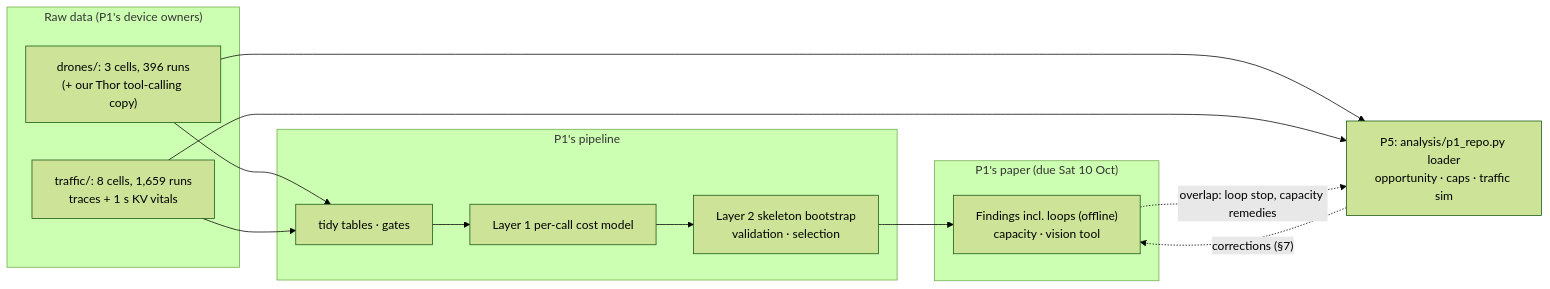
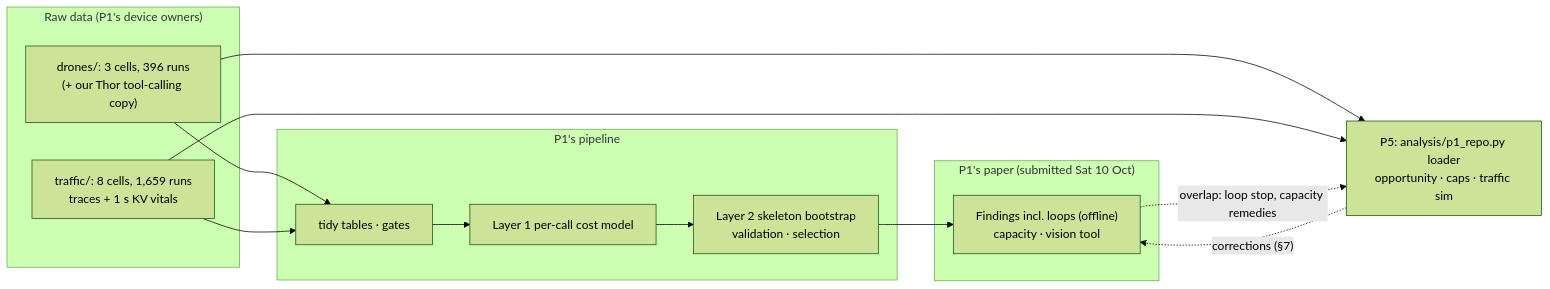
One commit to saisandeshk/jouleserve-ws changed the second of 5 diagrams in reports/2026-10-05-p1-repo/README.md. Above: the diagram before and after it, drawn with Mermaid (forest theme). The commit also changed other lines of this file and 13 other files, not shown here.

````diff
--- a/reports/2026-10-05-p1-repo/README.md
+++ b/reports/2026-10-05-p1-repo/README.md
@@ -179,21 +189,21 @@
 ```mermaid
 flowchart LR
     subgraph Data["Raw data (P1's device owners)"]
         D1["drones/: 3 cells, 396 runs<br/>(+ our Thor tool-calling copy)"]
         D2["traffic/: 8 cells, 1,659 runs<br/>traces + 1 s KV vitals"]
     end
     subgraph Pipe["P1's pipeline"]
         P1a["tidy tables · gates"]
         P1b["Layer 1 per-call cost model"]
         P1c["Layer 2 skeleton bootstrap<br/>validation · selection"]
     end
-    subgraph Paper["P1's paper (due Sat 10 Oct)"]
+    subgraph Paper["P1's paper (submitted Sat 10 Oct)"]
         R["Findings incl. loops (offline)<br/>capacity · vision tool"]
     end
     D1 --> P1a --> P1b --> P1c --> R
     D2 --> P1a
     D1 --> Ours["P5: analysis/p1_repo.py loader<br/>opportunity · caps · traffic sim"]
     D2 --> Ours
     Ours -. "corrections (§7)" .-> R
     R -. "overlap: loop stop, capacity remedies" .-> Ours
 ```
````
